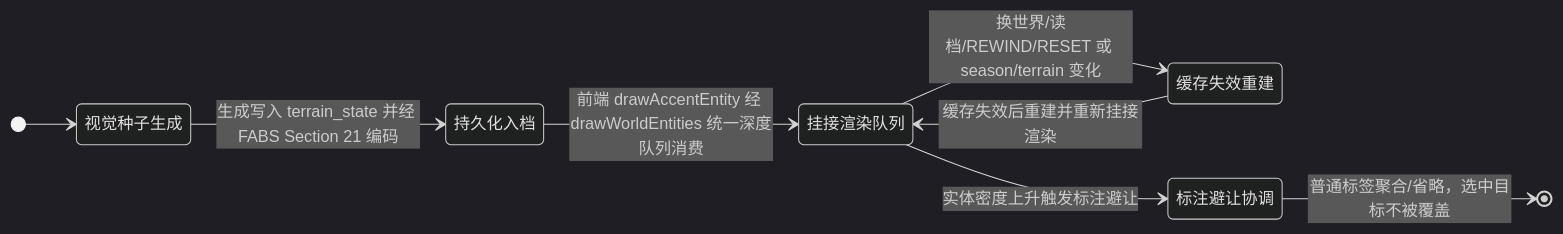
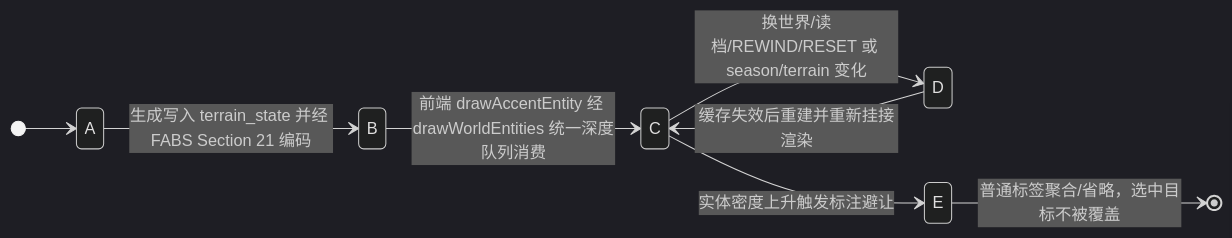
One commit to g39088902/FlowAndAccord changed the first of 2 diagrams in docs/plan/tech/07-terrain-art.md. Above: the diagram before and after it, drawn with Mermaid (dark theme). The commit also changed other lines of this file, not shown here.

````diff
--- a/docs/plan/tech/07-terrain-art.md
+++ b/docs/plan/tech/07-terrain-art.md
@@ -14,16 +11,11 @@
 ```mermaid
 stateDiagram-v2
     direction LR
     [*] --> A
     A --> B : 生成写入 terrain_state 并经 FABS Section 21 编码
     B --> C : 前端 drawAccentEntity 经 drawWorldEntities 统一深度队列消费
     C --> D : 换世界/读档/REWIND/RESET 或 season/terrain 变化
     D --> C : 缓存失效后重建并重新挂接渲染
     C --> E : 实体密度上升触发标注避让
     E --> [*] : 普通标签聚合/省略，选中目标不被覆盖
-    A : 视觉种子生成
-    B : 持久化入档
-    C : 挂接渲染队列
-    D : 缓存失效重建
-    E : 标注避让协调
 ```
````
